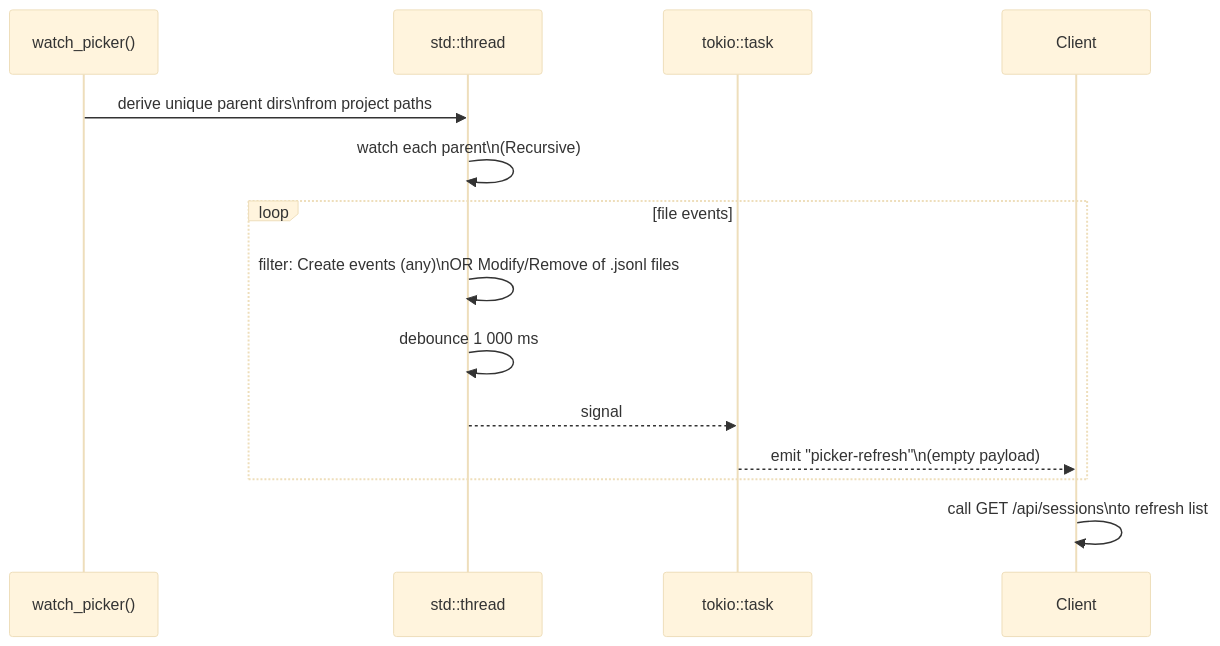
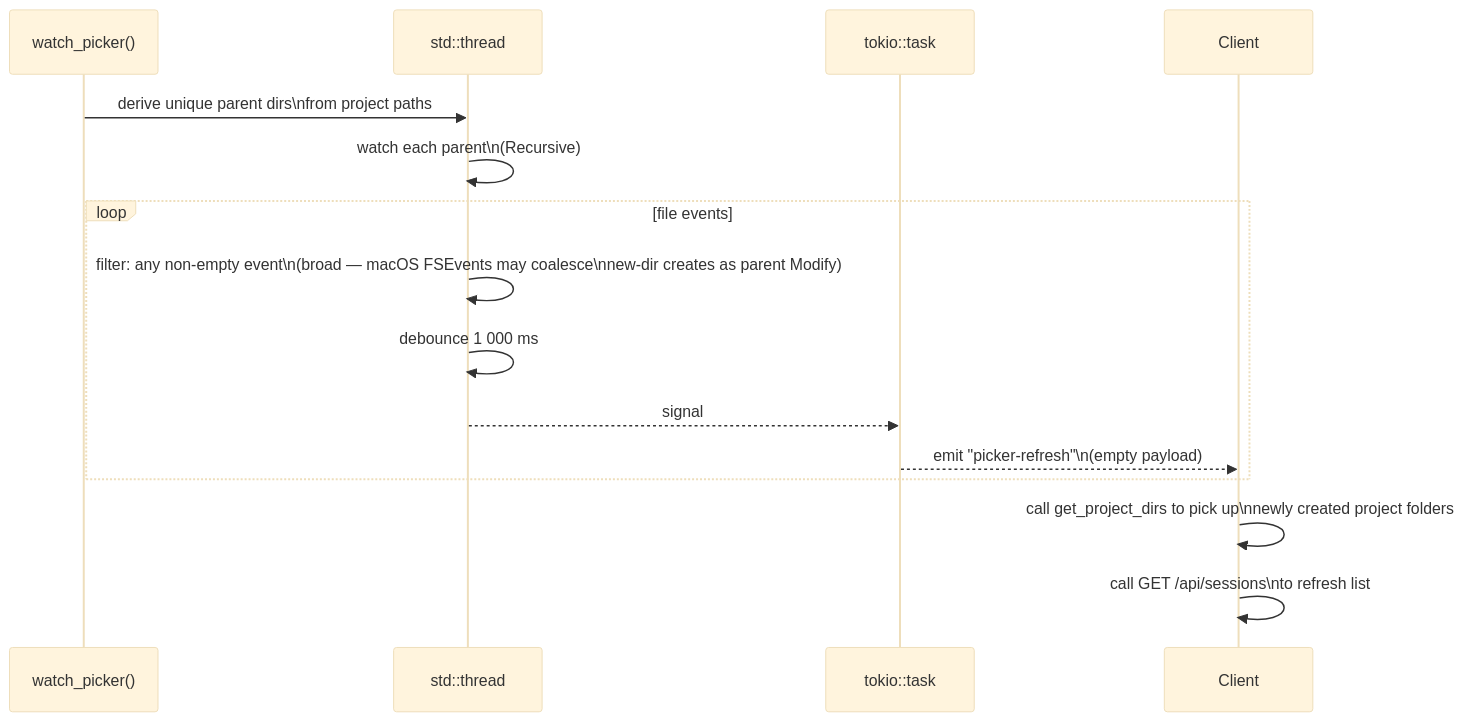
The fourth of 8 diagrams in specs/02-file-watcher.md (delexw/claude-code-trace), drawn with Mermaid (base theme) before and after one commit. The commit also changed 1 other file, not shown here.

Commit message:
fix: async consistency and auto-detect new project folders on picker refresh
- watcher: broaden picker event filter to accept all non-empty events
  (macOS FSEvents may coalesce new-dir events as Modify on parent)
- usePicker: re-fetch get_project_dirs on picker-refresh so newly created
  project folders are included in session discovery
- tui/App.tsx: picker-refresh handler is now async and re-fetches project
  dirs; stableHandler uses void for async inputHandlerRef.current call
- App.tsx: await discoverSessions and loadProjectDirs in initial discover
- SettingsModal: useEffect uses inner async function pattern
- ViewToolbar: onClick handler is async/await
- specs/02-file-watcher.md: update picker filter and client refresh steps

````diff
--- a/specs/02-file-watcher.md
+++ b/specs/02-file-watcher.md
@@ -117,19 +117,20 @@
 ```mermaid
 sequenceDiagram
     participant CMD as watch_picker()
     participant WT as std::thread
     participant TK as tokio::task
     participant CL as Client
 
     CMD ->> WT: derive unique parent dirs\nfrom project paths
     WT ->> WT: watch each parent\n(Recursive)
 
     loop file events
-        WT ->> WT: filter: Create events (any)\nOR Modify/Remove of .jsonl files
+        WT ->> WT: filter: any non-empty event\n(broad — macOS FSEvents may coalesce\nnew-dir creates as parent Modify)
         WT ->> WT: debounce 1 000 ms
         WT -->> TK: signal
         TK -->> CL: emit "picker-refresh"\n(empty payload)
     end
 
+    CL ->> CL: call get_project_dirs to pick up\nnewly created project folders
     CL ->> CL: call GET /api/sessions\nto refresh list
 ```
````
